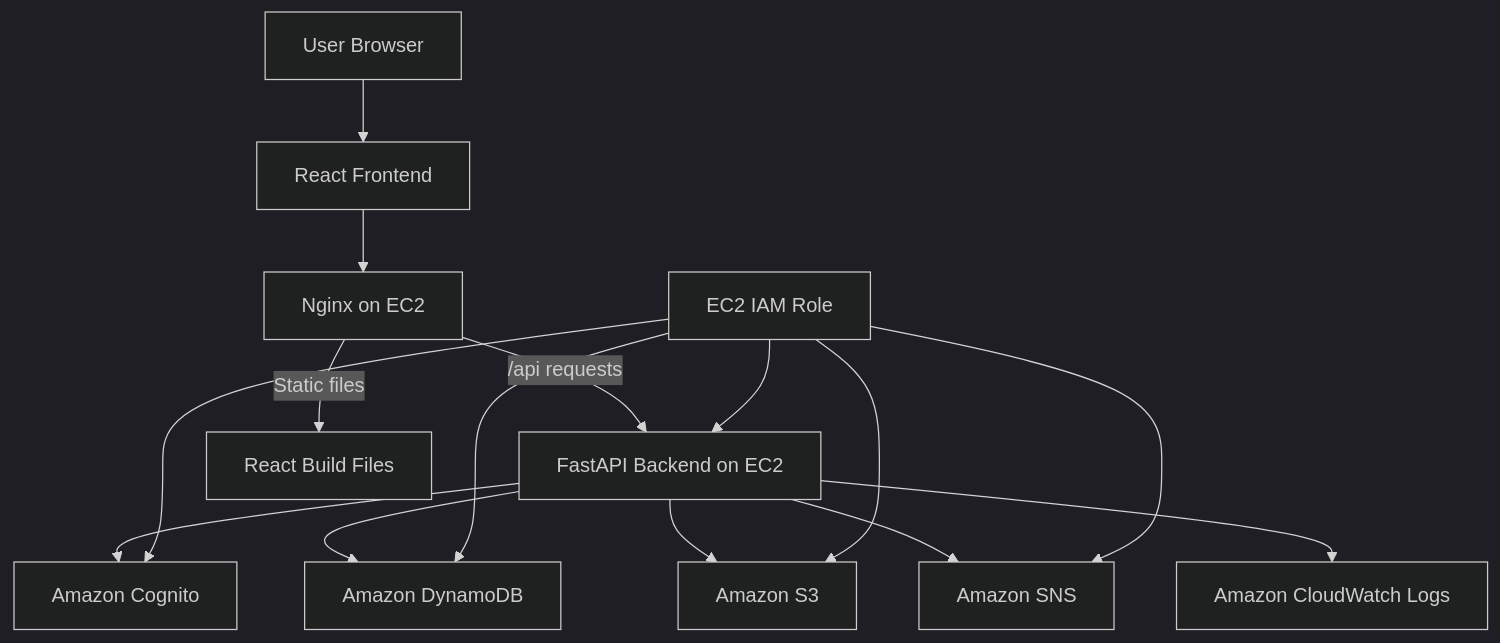
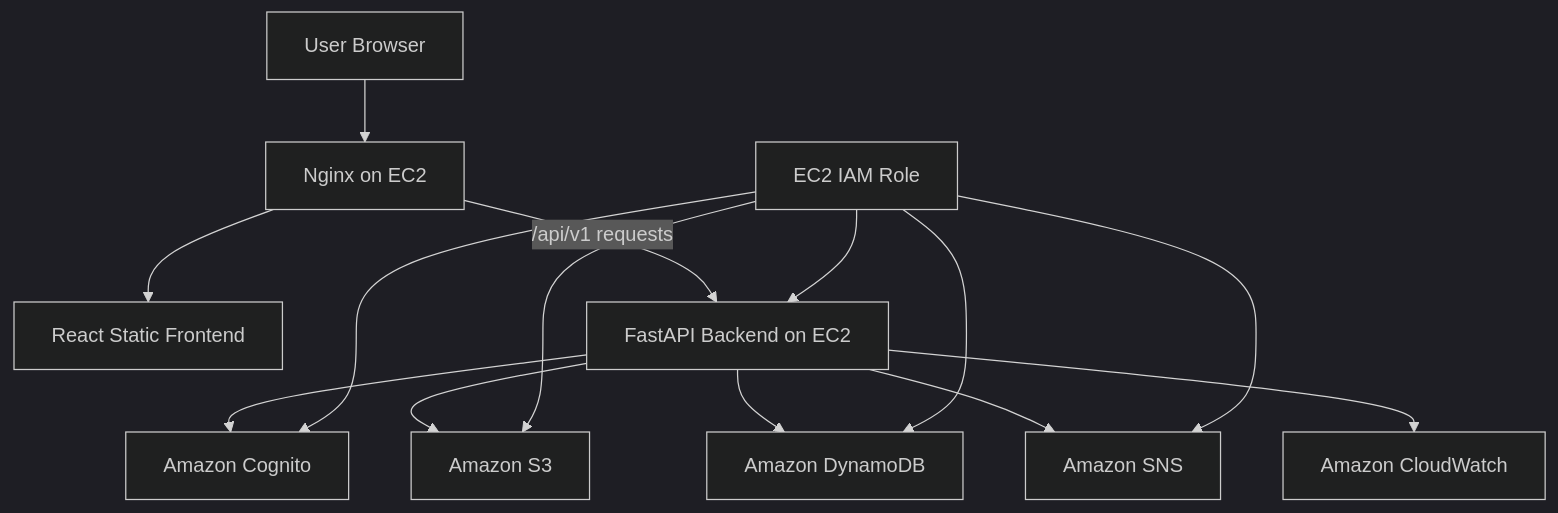
Before and after one commit to chintukotti/secureshare: the first of 4 diagrams in README.md, drawn with Mermaid (dark theme). The commit also changed other lines of this file and 128 other files, not shown here.

Commit message:
Add frontend and backend source code

````diff
--- a/README.md
+++ b/README.md
@@ -134,19 +185,18 @@
 ```mermaid
 flowchart TD
-    User[User Browser] --> Frontend[React Frontend]
-    Frontend --> Nginx[Nginx on EC2]
-    Nginx -->|/api requests| FastAPI[FastAPI Backend on EC2]
-    Nginx -->|Static files| ReactBuild[React Build Files]
+    User[User Browser] --> Nginx[Nginx on EC2]
+    Nginx --> React[React Static Frontend]
+    Nginx -->|/api/v1 requests| FastAPI[FastAPI Backend on EC2]
 
     FastAPI --> Cognito[Amazon Cognito]
+    FastAPI --> S3[Amazon S3]
     FastAPI --> DynamoDB[Amazon DynamoDB]
-    FastAPI --> S3[Amazon S3]
     FastAPI --> SNS[Amazon SNS]
-    FastAPI --> CloudWatch[Amazon CloudWatch Logs]
+    FastAPI --> CloudWatch[Amazon CloudWatch]
 
-    EC2Role[EC2 IAM Role] --> FastAPI
-    EC2Role --> S3
-    EC2Role --> DynamoDB
-    EC2Role --> Cognito
-    EC2Role --> SNS
+    Role[EC2 IAM Role] --> FastAPI
+    Role --> S3
+    Role --> DynamoDB
+    Role --> Cognito
+    Role --> SNS
 ```
````
